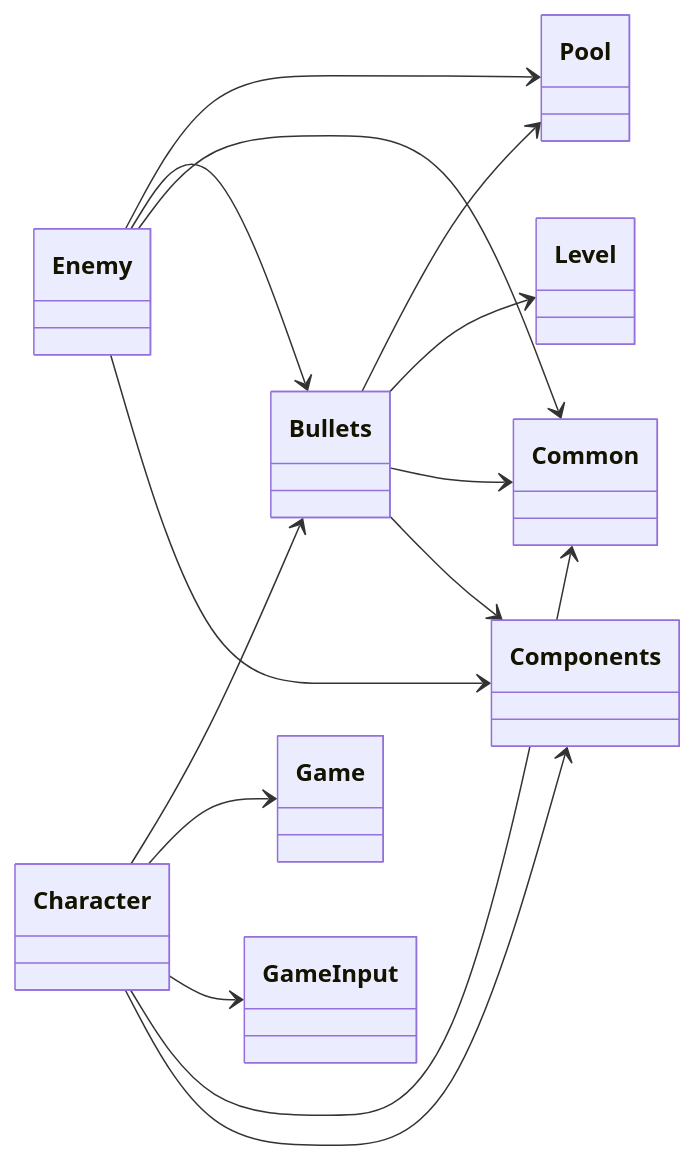
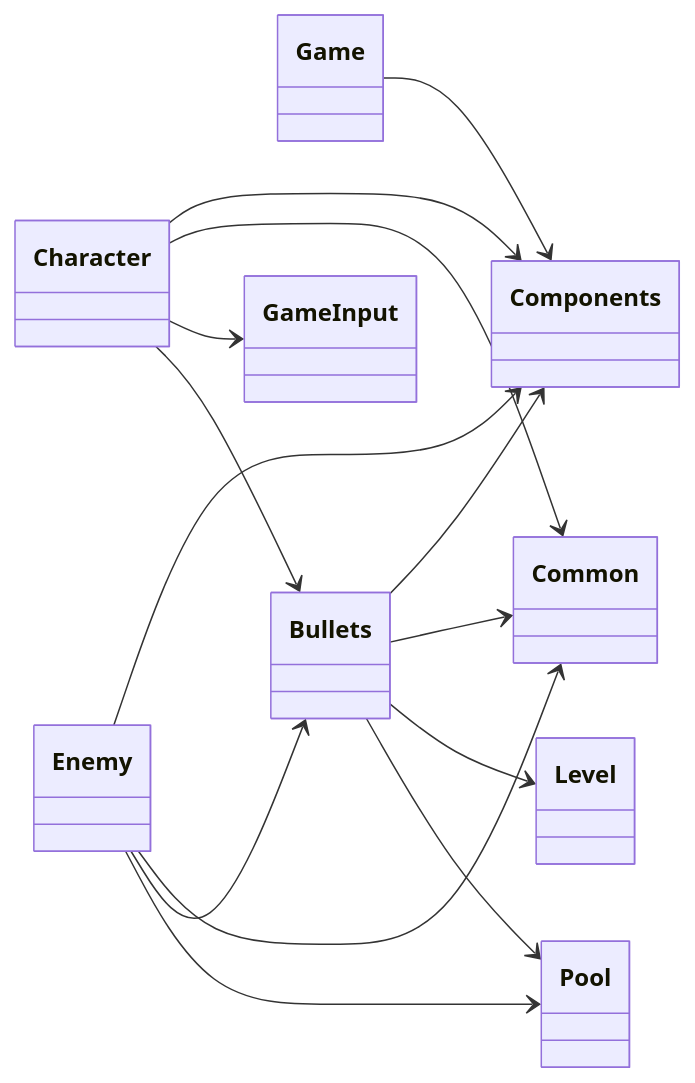
One commit to dre0dru/OTUS_2023_10 changed the diagram in Assets/Modules.md. Above: the diagram before and after it, drawn with Mermaid. The commit also changed 5 other files, not shown here.

Commit message:
refactor: moved CharacterDeathObserver to Game module

````diff
--- a/Assets/Modules.md
+++ b/Assets/Modules.md
@@ -1,20 +1,21 @@
 ```mermaid
 classDiagram
     direction LR
+
+    Game --> Components
 
     Enemy --> Pool
     Enemy --> Bullets
     Enemy --> Common
     Enemy --> Components
 
     Character --> Bullets
-    Character --> Game
     Character --> GameInput
     Character --> Common
     Character --> Components
 
     Bullets --> Pool
     Bullets --> Level
     Bullets --> Common
     Bullets --> Components
 ```
````
